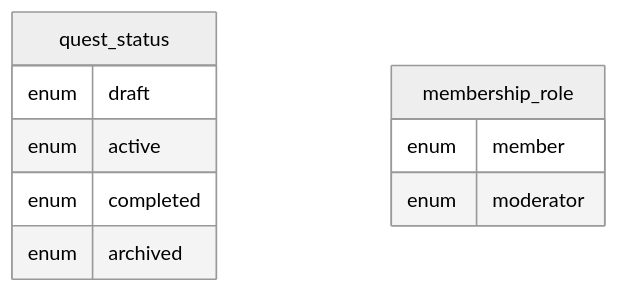
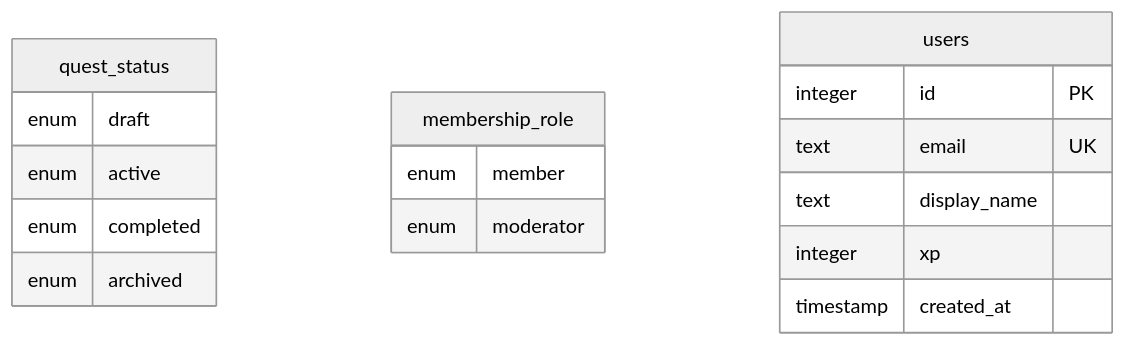
The diagram in README.md (ccweerasinghe1994/drizzel-lerning-quest-project), drawn with Mermaid (neutral theme) before and after one commit. The commit also changed 6 other files, not shown here.

Commit message:
feat: add users table schema with drizzle migrations and update documentation

````diff
--- a/README.md
+++ b/README.md
@@ -66,13 +66,20 @@
 ```mermaid
 erDiagram
     quest_status {
         enum draft
         enum active
         enum completed
         enum archived
     }
     membership_role {
         enum member
         enum moderator
     }
+    users {
+        integer id PK
+        text email UK
+        text display_name
+        integer xp
+        timestamp created_at
+    }
 ```
````
